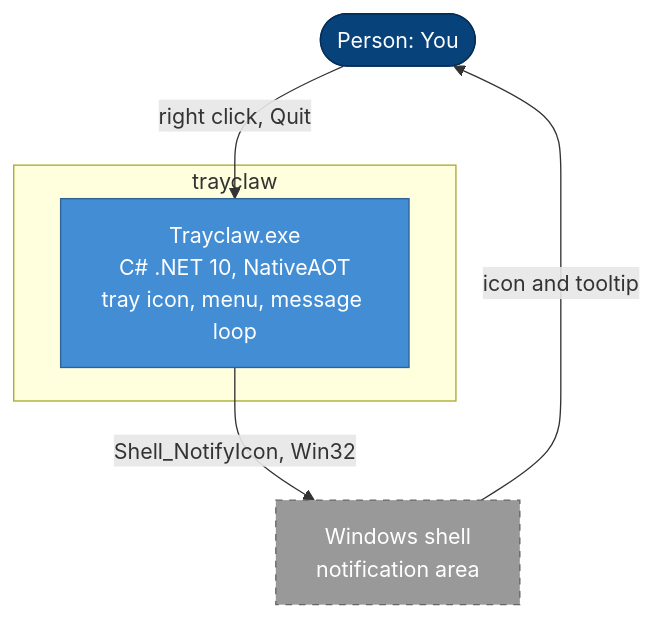
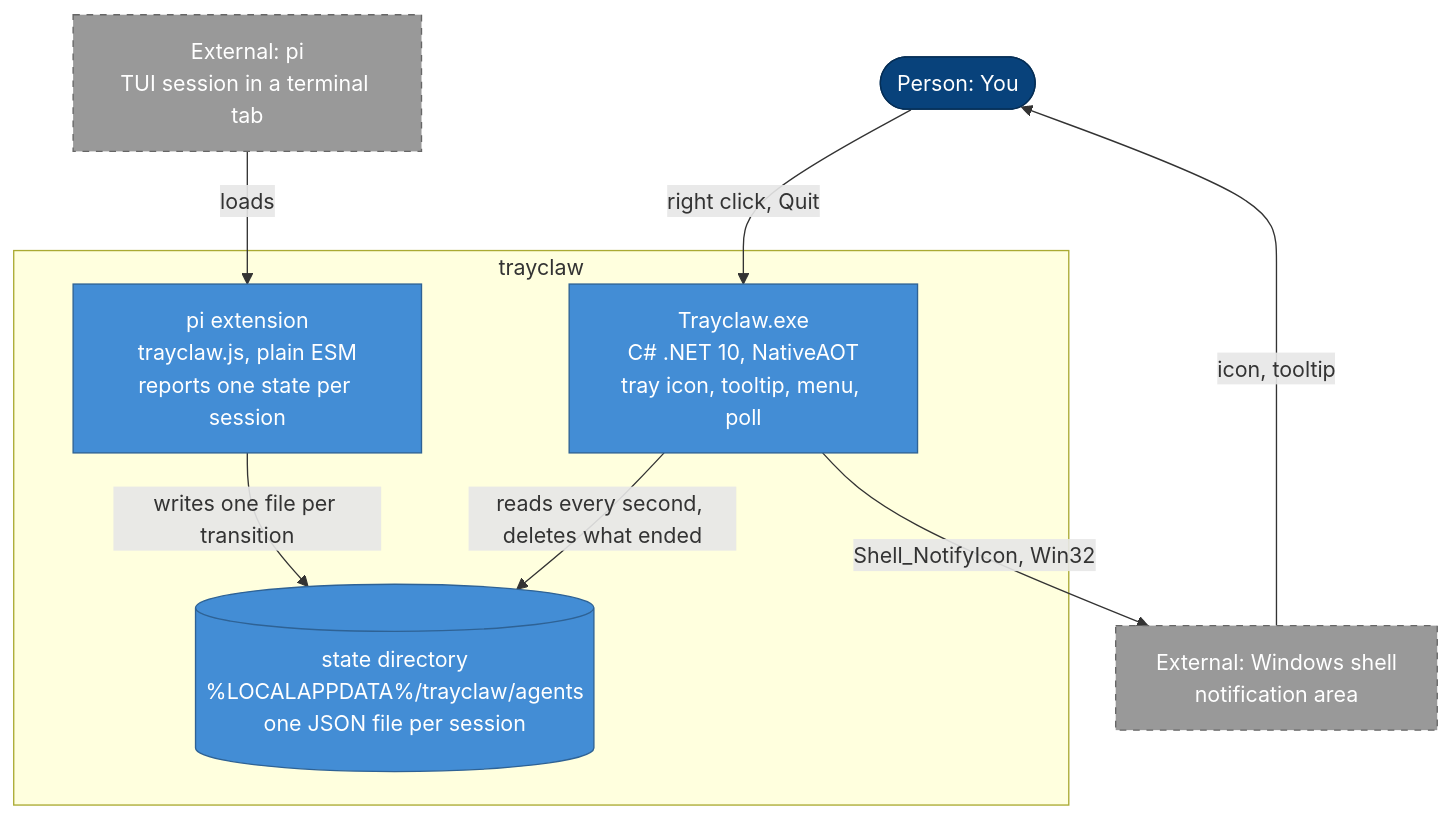
One commit to ypyl/picadence changed the second of 2 diagrams in ARCHITECTURE.md. Above: the diagram before and after it, drawn with Mermaid. The commit also changed other lines of this file and 23 other files, not shown here.

First line of the commit message:
feat: show what each pi session is doing in the tray

````diff
--- a/ARCHITECTURE.md
+++ b/ARCHITECTURE.md
@@ -35,22 +32,32 @@
 ```mermaid
 flowchart TB
   user(["Person: You"])
 
   subgraph trayclaw["trayclaw"]
-    app["Trayclaw.exe<br/>C# .NET 10, NativeAOT<br/>tray icon, menu, message loop"]
+    app["Trayclaw.exe<br/>C# .NET 10, NativeAOT<br/>tray icon, tooltip, menu, poll"]
+    ext["pi extension<br/>trayclaw.js, plain ESM<br/>reports one state per session"]
+    store[("state directory<br/>%LOCALAPPDATA%/trayclaw/agents<br/>one JSON file per session")]
   end
 
-  os["Windows shell<br/>notification area"]
+  pi["External: pi<br/>TUI session in a terminal tab"]
+  os["External: Windows shell<br/>notification area"]
 
   user -->|"right click, Quit"| app
   app -->|"Shell_NotifyIcon, Win32"| os
-  os -->|"icon and tooltip"| user
+  os -->|"icon, tooltip"| user
+  pi -->|"loads"| ext
+  ext -->|"writes one file per transition"| store
+  app -->|"reads every second, deletes what ended"| store
 
   classDef person fill:#08427B,color:#fff,stroke:#052E56
   classDef container fill:#438DD5,color:#fff,stroke:#2E6295
+  classDef store fill:#438DD5,color:#fff,stroke:#2E6295
   classDef external fill:#999999,color:#fff,stroke:#666666,stroke-dasharray:5 5
 
   class user person
   class app container
+  class ext container
+  class store store
+  class pi external
   class os external
 ```
````
